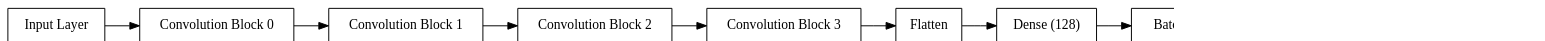
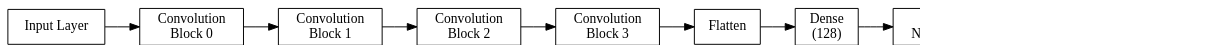
Before and after one commit to Wizdore/FreezeNET: the diagram in white-box/model_graphs/model.gv, drawn with Graphviz. The commit also changed 6 other files, not shown here.

Commit message:
Add line breaks to model graphs

```diff
--- a/white-box/model_graphs/model.gv
+++ b/white-box/model_graphs/model.gv
@@ -1,25 +1,25 @@
 digraph G {
 	concentrate=True;
 	dpi=96;
 	rankdir=LR;
 	node [shape=record];
 	139875408157328 [label="Input Layer"];
-	139875208779712 [label="Convolution Block 0"];
-	139875208891744 [label="Convolution Block 1"];
-	139875212800928 [label="Convolution Block 2"];
-	139875427331088 [label="Convolution Block 3"];
+	139875208779712 [label="Convolution \nBlock 0"];
+	139875208891744 [label="Convolution \nBlock 1"];
+	139875212800928 [label="Convolution \nBlock 2"];
+	139875427331088 [label="Convolution \nBlock 3"];
 	139875208781392 [label="Flatten"];
-	139875208779328 [label="Dense (128)"];
-	139878548145824 [label="BatchNormalization"];
-	139878546516960 [label="Dropout (0.5)"];
-	139878546499376 [label="Dense (10)"];
+	139875208779328 [label="Dense \n(128)"];
+	139878548145824 [label="Batch \nNormalization"];
+	139878546516960 [label="Dropout \n(0.5)"];
+	139878546499376 [label="Dense \n(10)"];
 	139875408157328 -> 139875208779712;
 	139875208779712 -> 139875208891744;
 	139875208891744 -> 139875212800928;
 	139875212800928 -> 139875427331088;
 	139875427331088 -> 139875208781392;
 	139875208781392 -> 139875208779328;
 	139875208779328 -> 139878548145824;
 	139878548145824 -> 139878546516960;
 	139878546516960 -> 139878546499376;
 }
```
